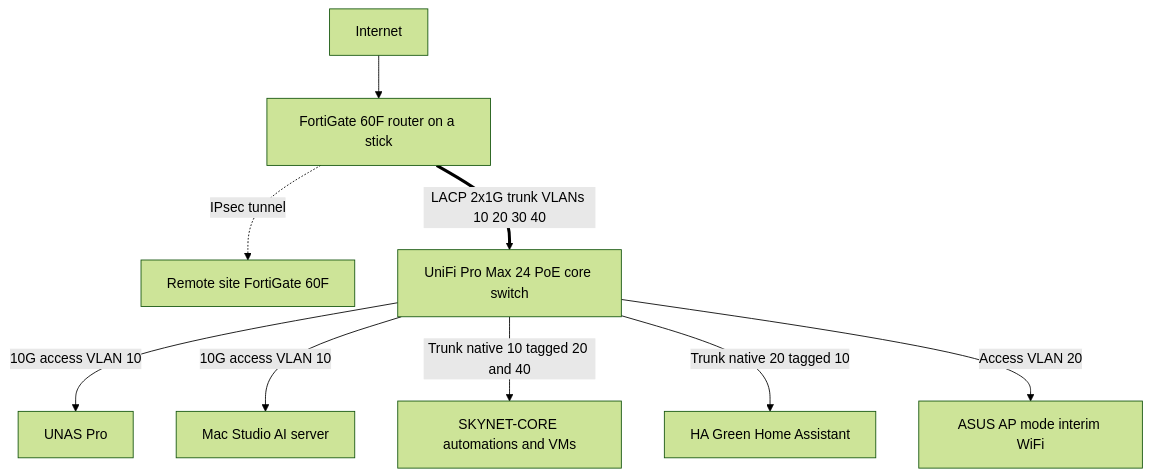
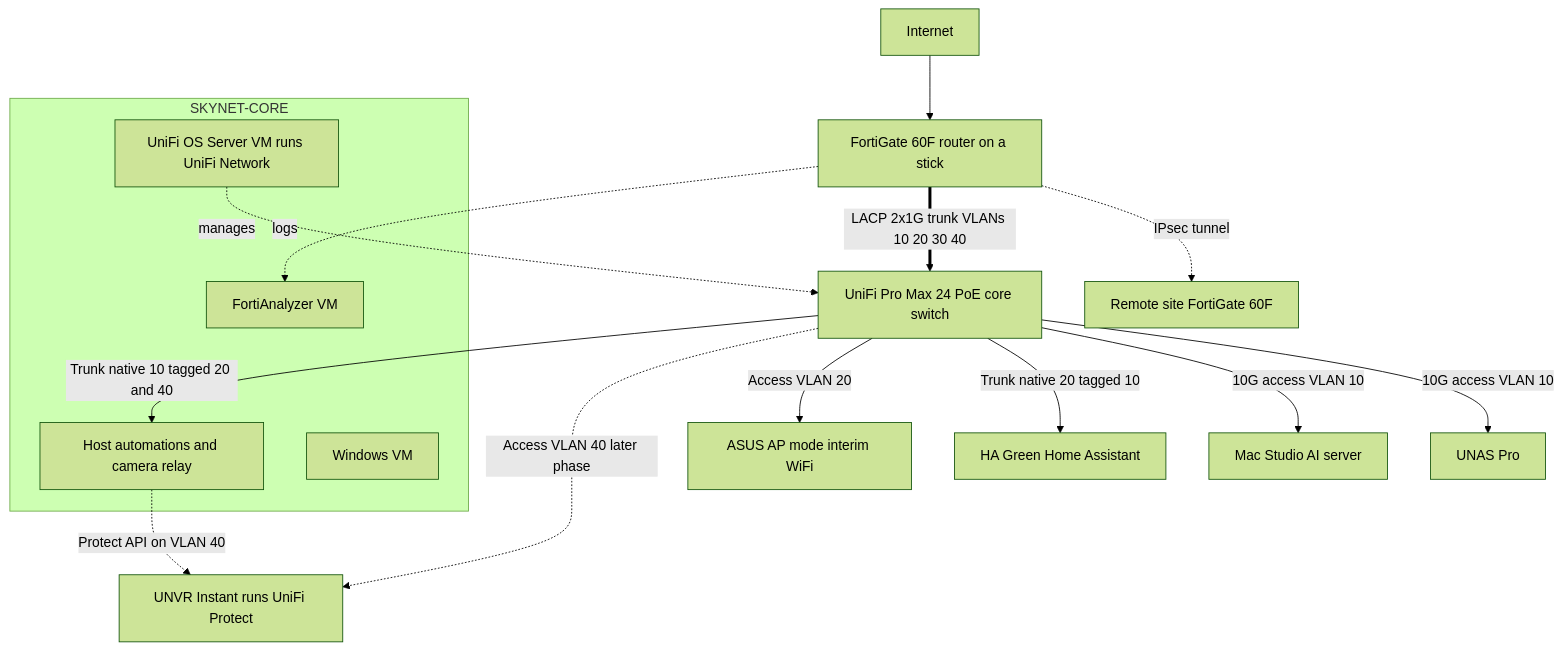
Before and after one commit to VicDubose/Smart-Home-Infrastructure: the first of 2 diagrams in 04-Network-Infrastructure/Hardening_Upgrades/Readme.md, drawn with Mermaid (forest theme). The commit also changed other lines of this file, not shown here.

First line of the commit message:
Revise Readme.md for network and VM details

````diff
--- a/04-Network-Infrastructure/Hardening_Upgrades/Readme.md
+++ b/04-Network-Infrastructure/Hardening_Upgrades/Readme.md
@@ -79,11 +79,23 @@
 ```mermaid
 flowchart TD
     ISP[Internet] --> FG[FortiGate 60F router on a stick]
     FG -.->|IPsec tunnel| RS[Remote site FortiGate 60F]
     FG ==>|LACP 2x1G trunk VLANs 10 20 30 40| SW[UniFi Pro Max 24 PoE core switch]
     SW -->|10G access VLAN 10| NAS[UNAS Pro]
     SW -->|10G access VLAN 10| MAC[Mac Studio AI server]
-    SW -->|Trunk native 10 tagged 20 and 40| CORE[SKYNET-CORE automations and VMs]
+    SW -->|Trunk native 10 tagged 20 and 40| HOST
     SW -->|Trunk native 20 tagged 10| HA[HA Green Home Assistant]
     SW -->|Access VLAN 20| AP[ASUS AP mode interim WiFi]
+    SW -.->|Access VLAN 40 later phase| NVR[UNVR Instant runs UniFi Protect]
+
+    subgraph SKY [SKYNET-CORE]
+        HOST[Host automations and camera relay]
+        UVM[UniFi OS Server VM runs UniFi Network]
+        FAZ[FortiAnalyzer VM]
+        WIN[Windows VM]
+    end
+
+    UVM -.->|manages| SW
+    FG -.->|logs| FAZ
+    HOST -.->|Protect API on VLAN 40| NVR
 ```
````
